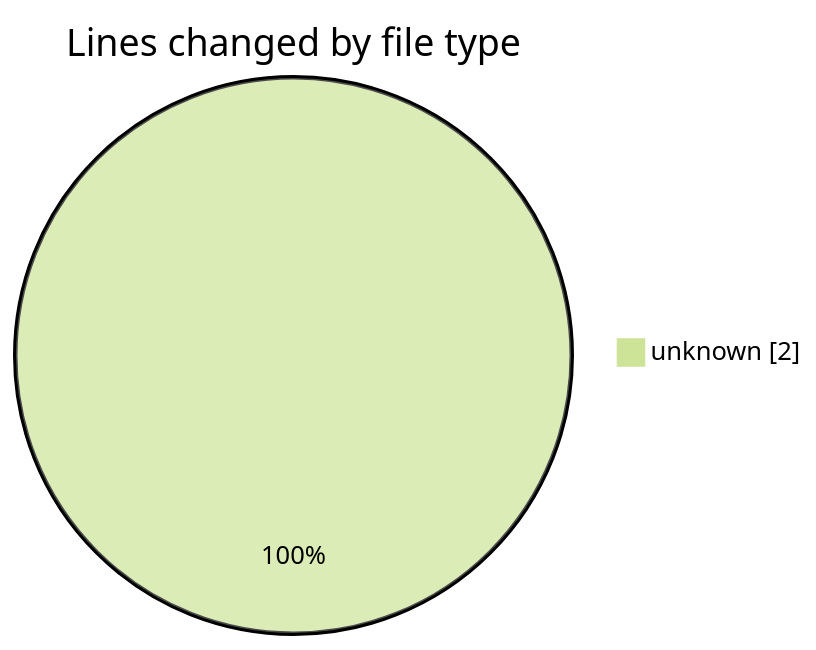
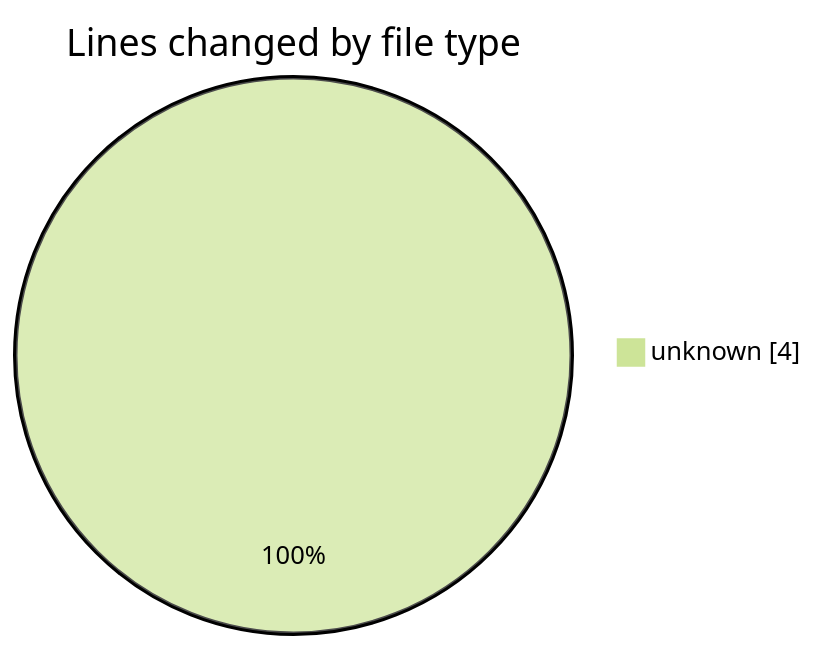
Before and after one commit to hasnaa123/code-tracking: the first of 2 diagrams in 2026-04-12/chatserver/README.md, drawn with Mermaid (forest theme). The commit also changed other lines of this file and 1 other file, not shown here.

````diff
--- a/2026-04-12/chatserver/README.md
+++ b/2026-04-12/chatserver/README.md
@@ -20,5 +20,5 @@
 ```mermaid
 pie showData
 title Lines changed by file type
-"unknown" : 2
+"unknown" : 4
 ```
````
